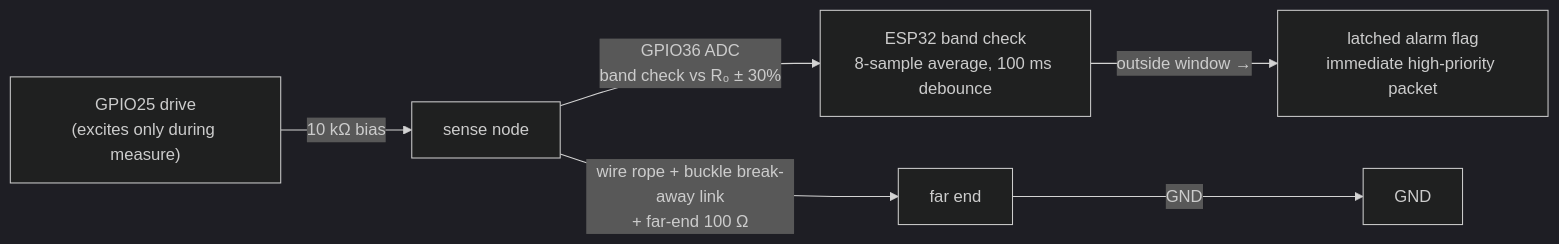
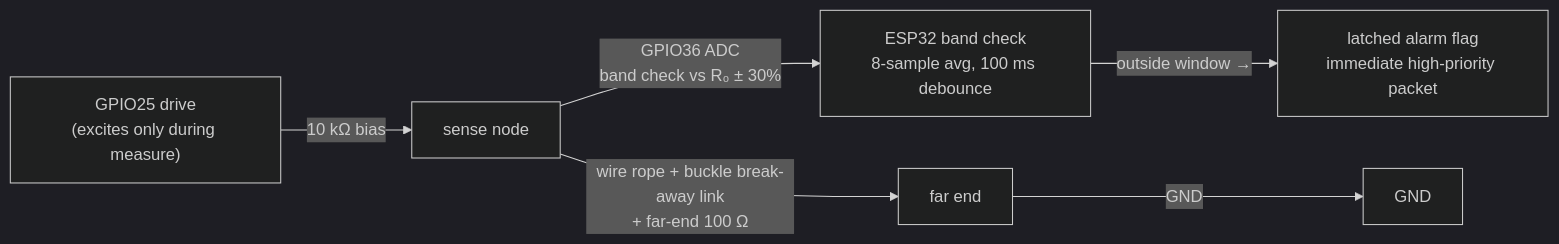
Before and after one commit to qppd/smart-collar: the second of 2 diagrams in docs/BLOCK-DIAGRAM.md, drawn with Mermaid (dark theme). The commit also changed other lines of this file and 14 other files, not shown here.

````diff
--- a/docs/BLOCK-DIAGRAM.md
+++ b/docs/BLOCK-DIAGRAM.md
@@ -56,8 +56,8 @@
 ```mermaid
 flowchart LR
     G25["GPIO25 drive<br/>(excites only during measure)"] -- "10 kΩ bias" --> NODE["sense node"]
-    NODE -- "GPIO36 ADC<br/>band check vs R₀ ± 30%" --> ESP["ESP32 band check<br/>8-sample average, 100 ms debounce"]
+    NODE -- "GPIO36 ADC<br/>band check vs R₀ ± 30%" --> ESP["ESP32 band check<br/>8-sample avg, 100 ms debounce"]
     NODE -- "wire rope + buckle break-away link<br/>+ far-end 100 Ω" --> FAR["far end"]
     FAR -- "GND" --> GND["GND"]
     ESP -- "outside window →" --> LATCH["latched alarm flag<br/>immediate high-priority packet"]
 ```
````
